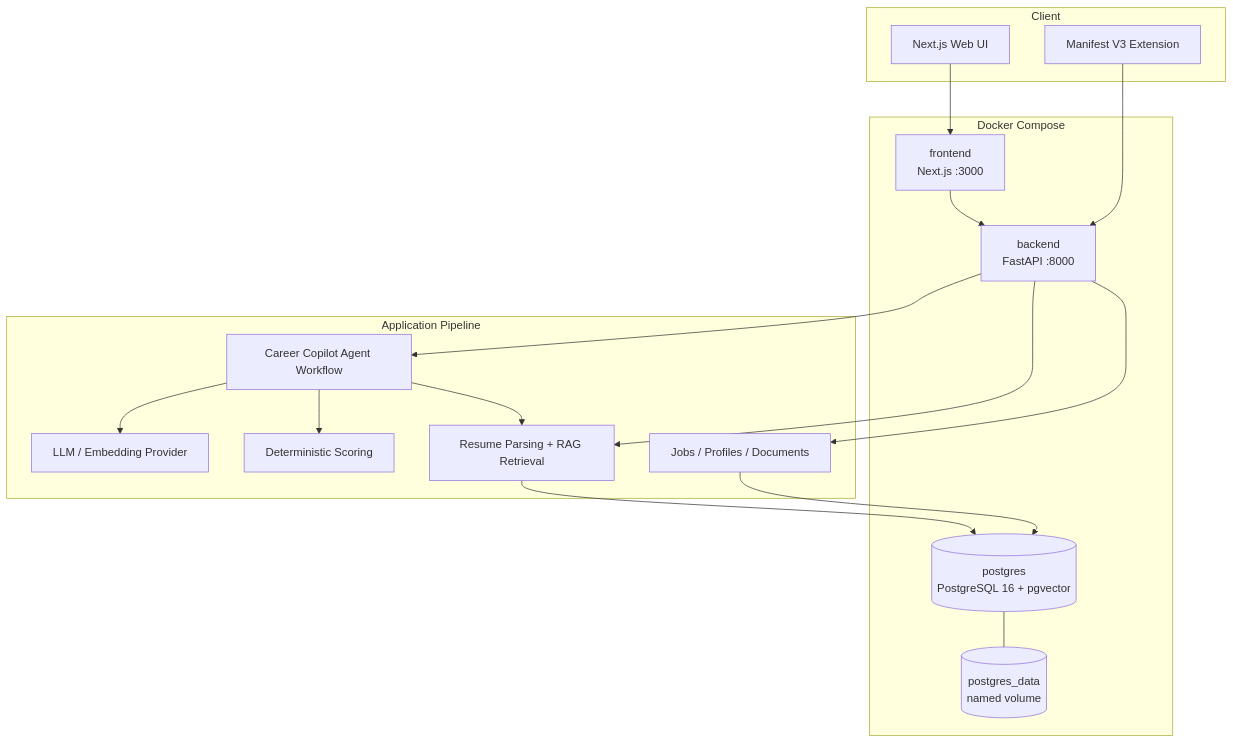
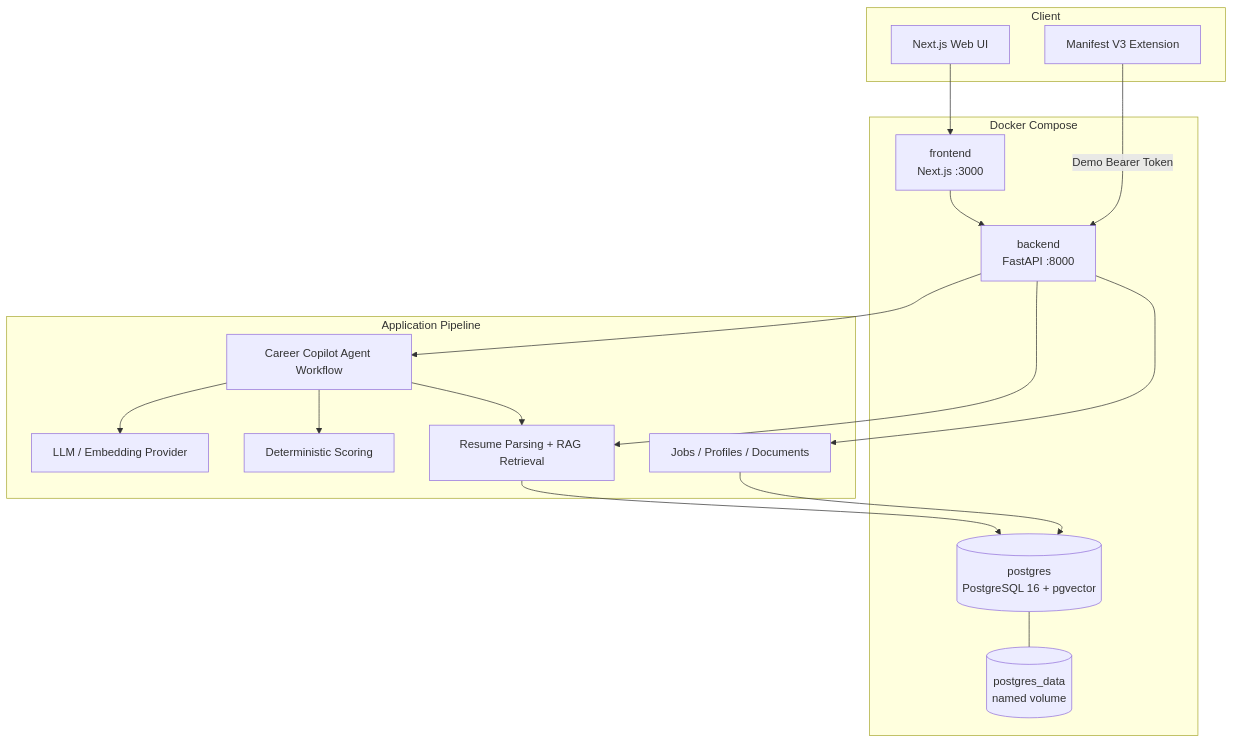
Before and after one commit to qinpei-dev/career-matrix: the first of 4 diagrams in docs/architecture.md, drawn with Mermaid. The commit also changed other lines of this file and 6 other files, not shown here.

````diff
--- a/docs/architecture.md
+++ b/docs/architecture.md
@@ -7,34 +7,34 @@
 ```mermaid
 flowchart TB
     subgraph Client["Client"]
         Web["Next.js Web UI"]
         Extension["Manifest V3 Extension"]
     end
 
     subgraph Compose["Docker Compose"]
         Frontend["frontend<br/>Next.js :3000"]
         Backend["backend<br/>FastAPI :8000"]
         Postgres[("postgres<br/>PostgreSQL 16 + pgvector")]
         Volume[("postgres_data<br/>named volume")]
     end
 
     subgraph Intelligence["Application Pipeline"]
         CRUD["Jobs / Profiles / Documents"]
         RAG["Resume Parsing + RAG Retrieval"]
         Agent["Career Copilot Agent Workflow"]
         Scoring["Deterministic Scoring"]
         Provider["LLM / Embedding Provider"]
     end
 
     Web --> Frontend --> Backend
-    Extension --> Backend
+    Extension -->|Demo Bearer Token| Backend
     Backend --> CRUD
     Backend --> RAG
     Backend --> Agent
     CRUD --> Postgres
     RAG --> Postgres
     Agent --> RAG
     Agent --> Scoring
     Agent --> Provider
     Postgres --- Volume
 ```
````
